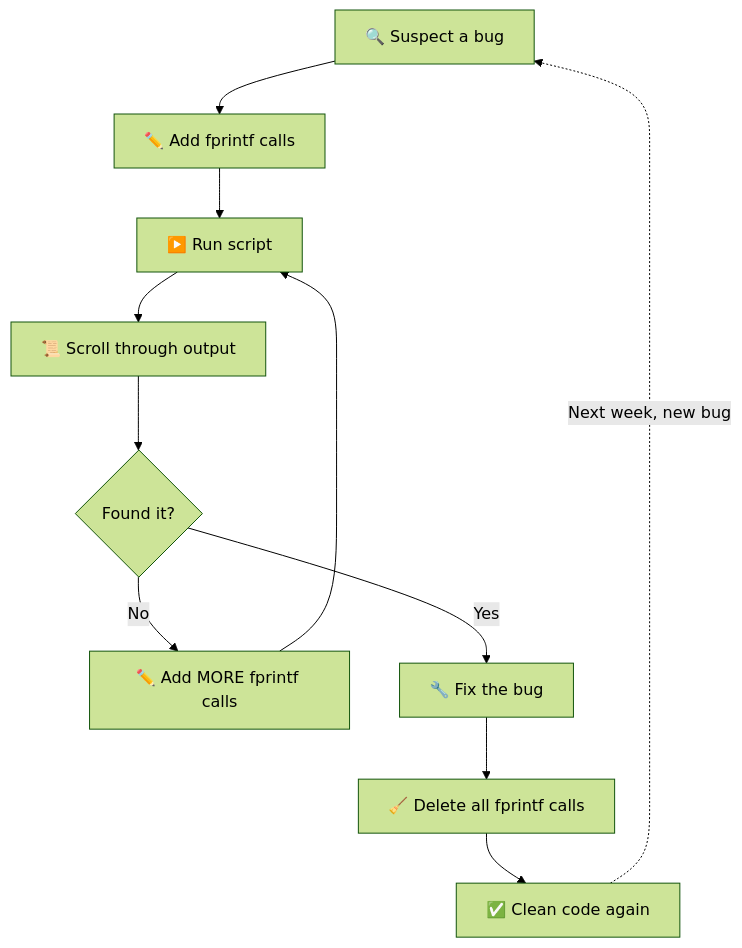
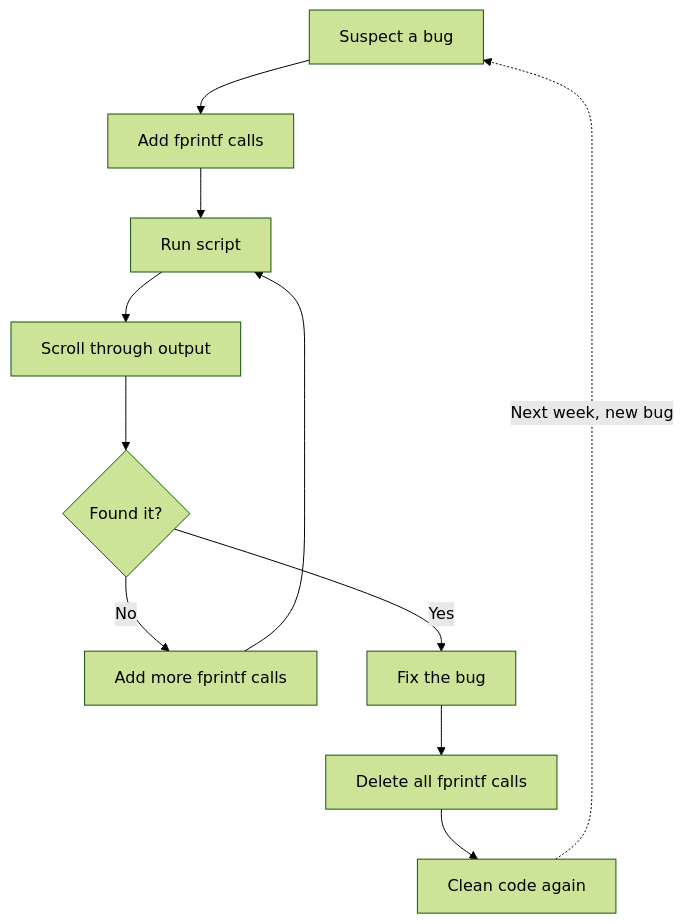
The first of 2 diagrams in website/content/blog/matlab-fprintf.md (runmat-org/runmat), drawn with Mermaid (forest theme) before and after one commit. The commit also changed other lines of this file and 8 other files, not shown here.

````diff
--- a/website/content/blog/matlab-fprintf.md
+++ b/website/content/blog/matlab-fprintf.md
@@ -167,13 +167,13 @@
 ```mermaid
 flowchart TD
-    A["🔍 Suspect a bug"] --> B["✏️ Add fprintf calls"]
-    B --> C["▶️ Run script"]
-    C --> D["📜 Scroll through output"]
+    A["Suspect a bug"] --> B["Add fprintf calls"]
+    B --> C["Run script"]
+    C --> D["Scroll through output"]
     D --> E{"Found it?"}
-    E -- "No" --> F["✏️ Add MORE fprintf calls"]
+    E -- "No" --> F["Add more fprintf calls"]
     F --> C
-    E -- "Yes" --> G["🔧 Fix the bug"]
-    G --> H["🧹 Delete all fprintf calls"]
-    H --> I["✅ Clean code again"]
+    E -- "Yes" --> G["Fix the bug"]
+    G --> H["Delete all fprintf calls"]
+    H --> I["Clean code again"]
     I -.-> |"Next week, new bug"| A
 ```
````
